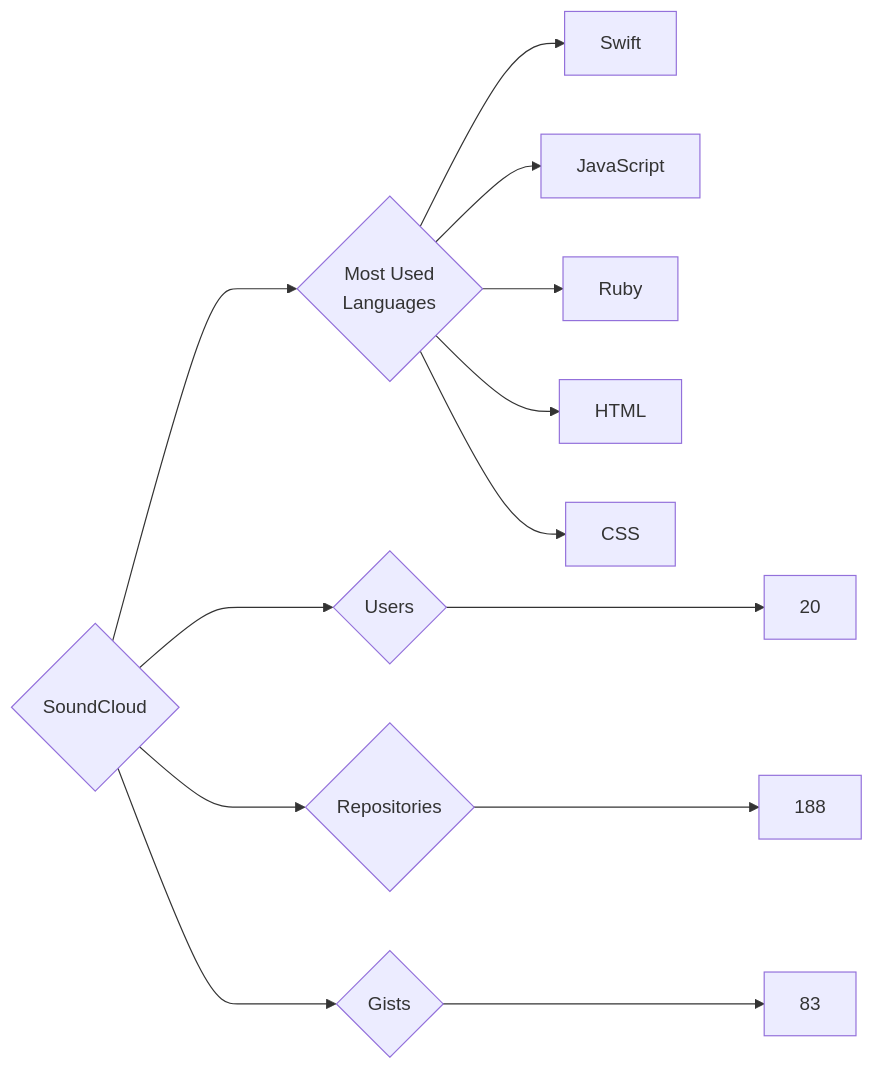
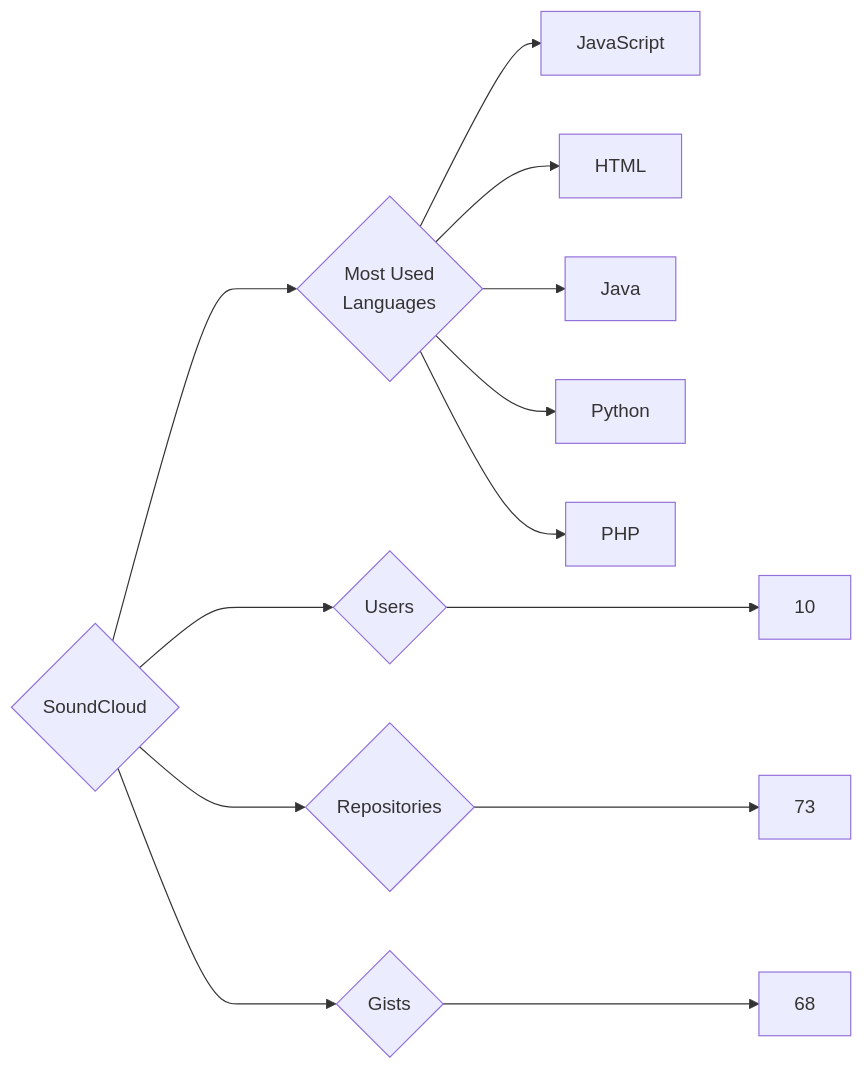
One commit to trickest/insiders changed the diagram in targets/SoundCloud/README.md. Above: the diagram before and after it, drawn with Mermaid. The commit also changed 1496 other files, not shown here.

````diff
--- a/targets/SoundCloud/README.md
+++ b/targets/SoundCloud/README.md
@@ -3,13 +3,13 @@
 ```mermaid
 graph LR
 COMPANY_NAME{SoundCloud}
-COMPANY_NAME ---> U{Users} ---> UN[20]
-COMPANY_NAME ---> R{Repositories} ---> RN[188]
-COMPANY_NAME ---> G{Gists} ---> GN[83]
+COMPANY_NAME ---> U{Users} ---> UN[10]
+COMPANY_NAME ---> R{Repositories} ---> RN[73]
+COMPANY_NAME ---> G{Gists} ---> GN[68]
 COMPANY_NAME ---> ML{Most Used<br>Languages}
-ML --> Swift[Swift]
 ML --> JavaScript[JavaScript]
-ML --> Ruby[Ruby]
 ML --> HTML[HTML]
-ML --> CSS[CSS]
+ML --> Java[Java]
+ML --> Python[Python]
+ML --> PHP[PHP]
 ```
````
